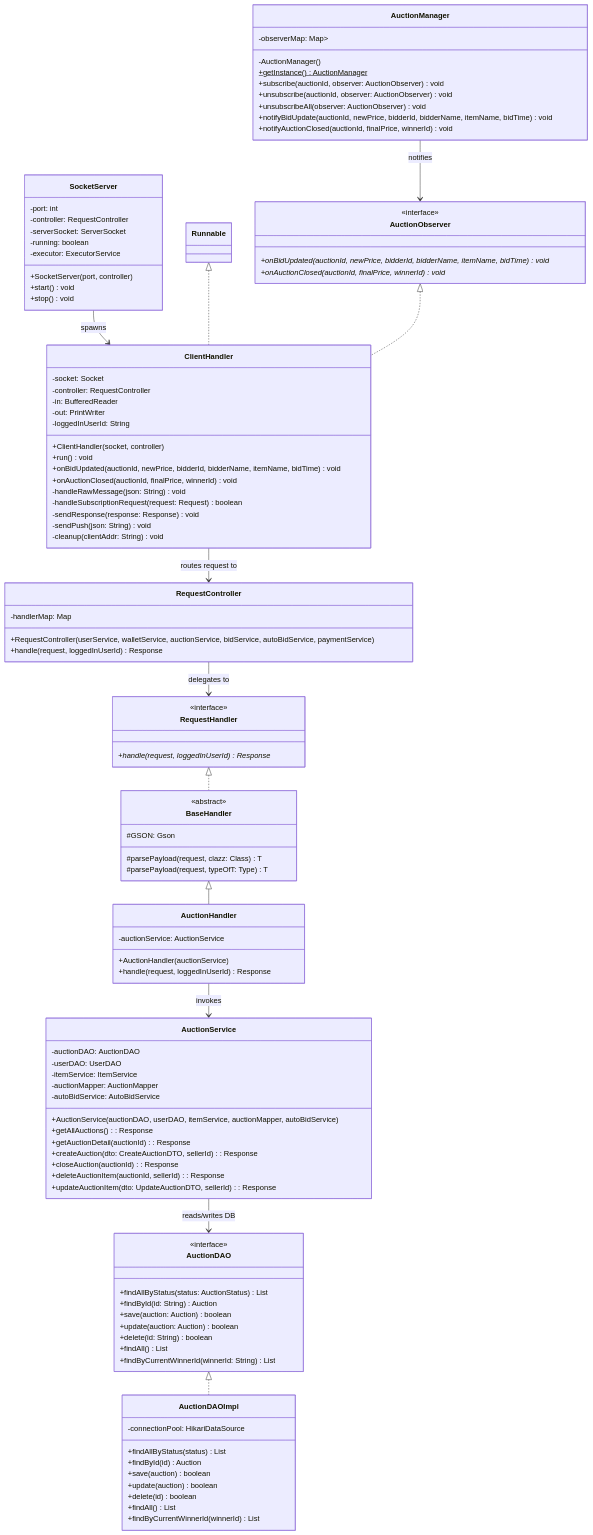
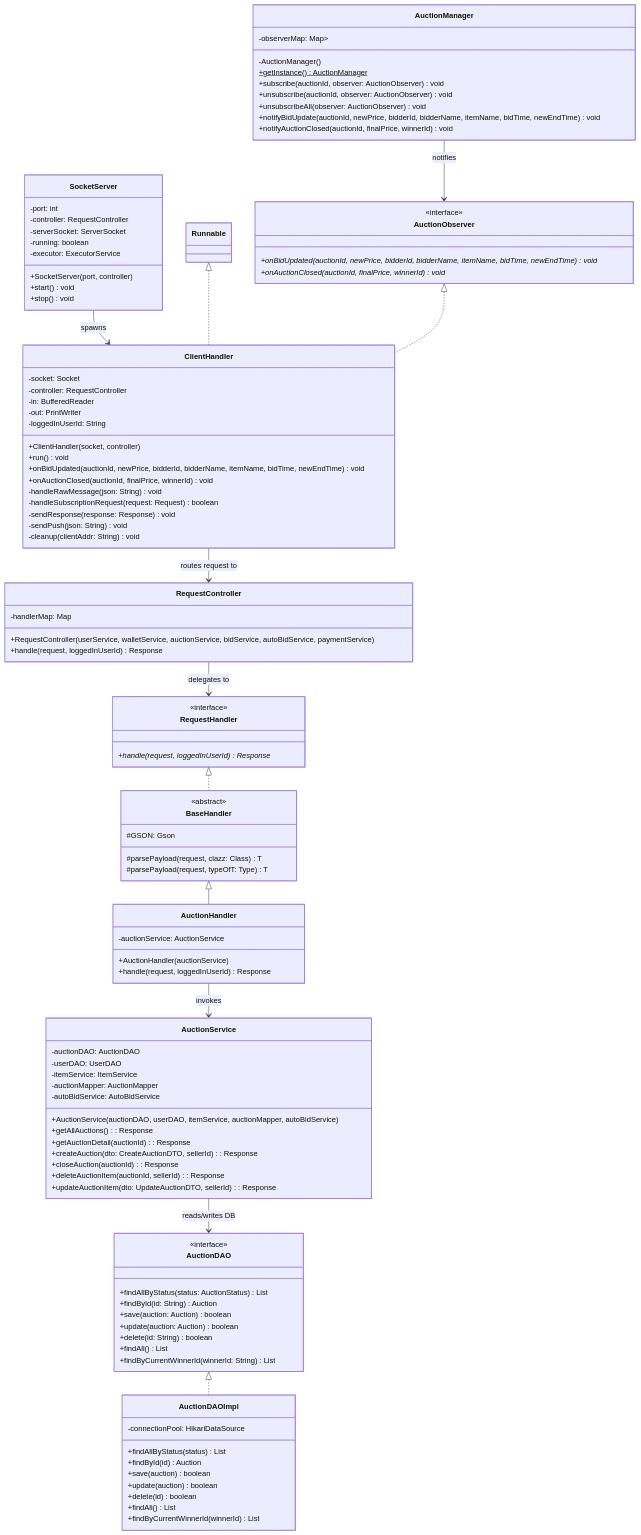
Before and after one commit to padungg/auction-system: the fourth of 7 diagrams in UML_Auction_System.md, drawn with Mermaid. The commit also changed other lines of this file and 1 other file, not shown here.

```diff
--- a/UML_Auction_System.md
+++ b/UML_Auction_System.md
@@ -420,7 +420,7 @@
         -loggedInUserId: String
         +ClientHandler(socket, controller)
         +run() void
-        +onBidUpdated(auctionId, newPrice, bidderId, bidderName, itemName, bidTime) void
+        +onBidUpdated(auctionId, newPrice, bidderId, bidderName, itemName, bidTime, newEndTime) void
         +onAuctionClosed(auctionId, finalPrice, winnerId) void
         -handleRawMessage(json: String) void
         -handleSubscriptionRequest(request: Request) boolean
@@ -431,7 +431,7 @@
 
     class AuctionObserver {
         <<interface>>
-        +onBidUpdated(auctionId, newPrice, bidderId, bidderName, itemName, bidTime)* void
+        +onBidUpdated(auctionId, newPrice, bidderId, bidderName, itemName, bidTime, newEndTime)* void
         +onAuctionClosed(auctionId, finalPrice, winnerId)* void
     }
 
@@ -442,7 +442,7 @@
         +subscribe(auctionId, observer: AuctionObserver) void
         +unsubscribe(auctionId, observer: AuctionObserver) void
         +unsubscribeAll(observer: AuctionObserver) void
-        +notifyBidUpdate(auctionId, newPrice, bidderId, bidderName, itemName, bidTime) void
+        +notifyBidUpdate(auctionId, newPrice, bidderId, bidderName, itemName, bidTime, newEndTime) void
         +notifyAuctionClosed(auctionId, finalPrice, winnerId) void
     }
 
```
